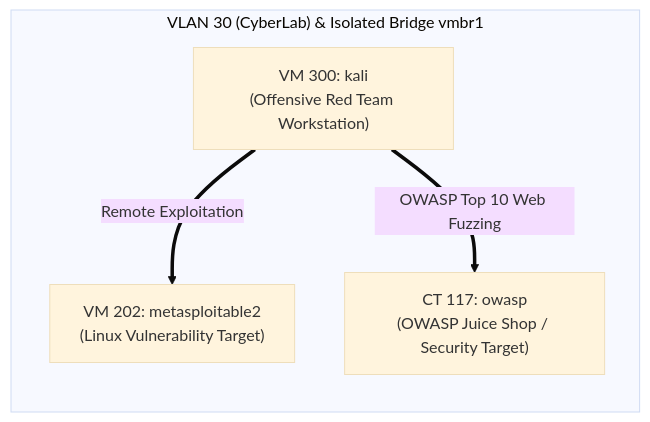
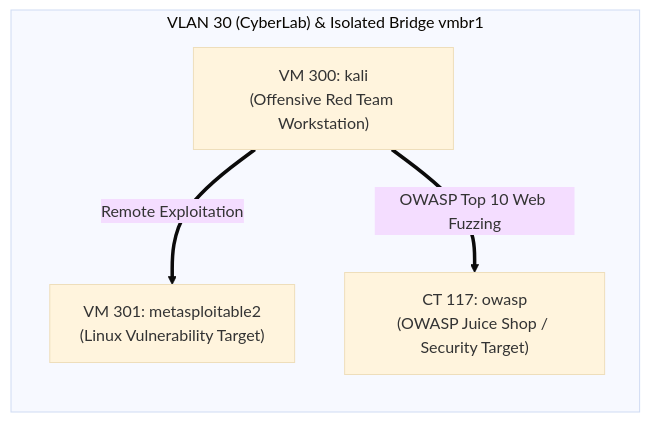
Before and after one commit to stefanutc1/infrastructure: the seventh of 15 diagrams in README.md, drawn with Mermaid (base theme). The commit also changed other lines of this file and 13 other files, not shown here.

````diff
--- a/README.md
+++ b/README.md
@@ -322,11 +322,11 @@
 ```mermaid
 flowchart LR
     subgraph THESIS["VLAN 30 (CyberLab) & Isolated Bridge vmbr1"]
         KALI["VM 300: kali<br/>(Offensive Red Team Workstation)"]
-        META["VM 202: metasploitable2<br/>(Linux Vulnerability Target)"]
+        META["VM 301: metasploitable2<br/>(Linux Vulnerability Target)"]
         OWASP["CT 117: owasp<br/>(OWASP Juice Shop / Security Target)"]
     end
 
     KALI ==>|"Remote Exploitation"| META
     KALI ==>|"OWASP Top 10 Web Fuzzing"| OWASP
 ```
````
